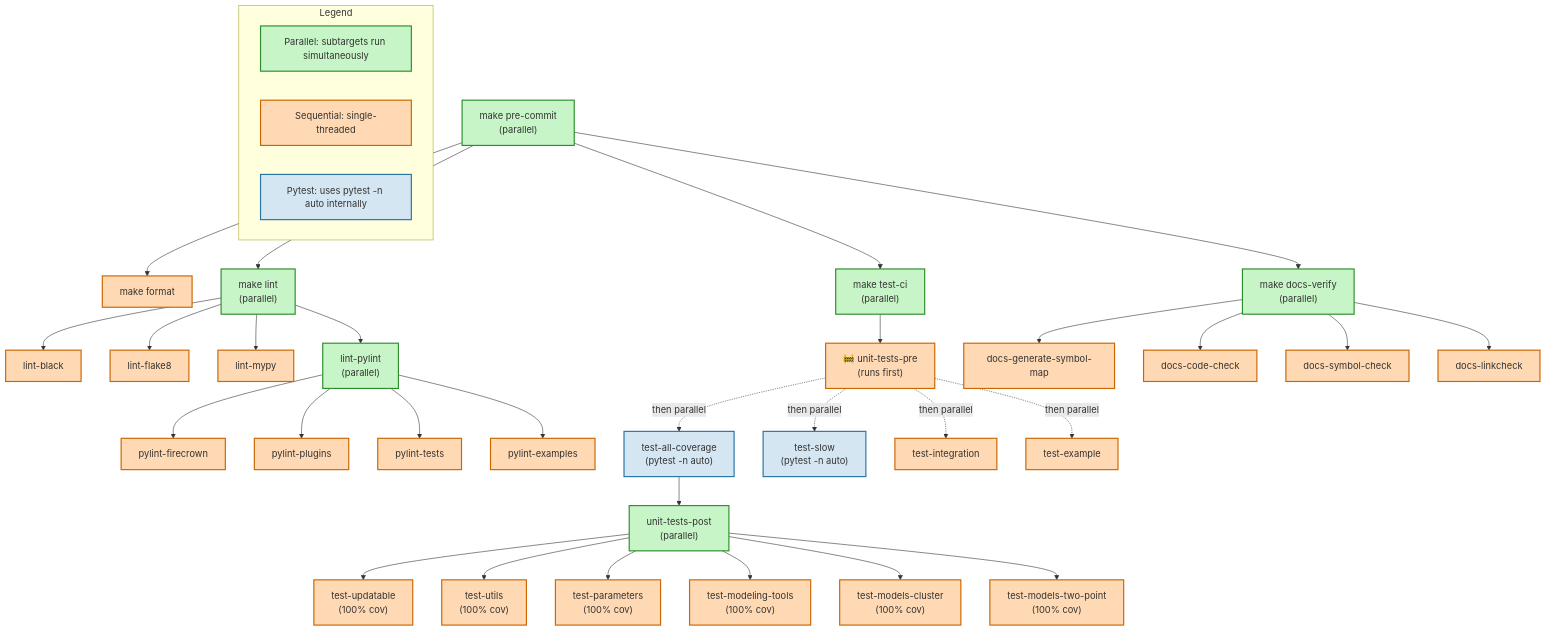
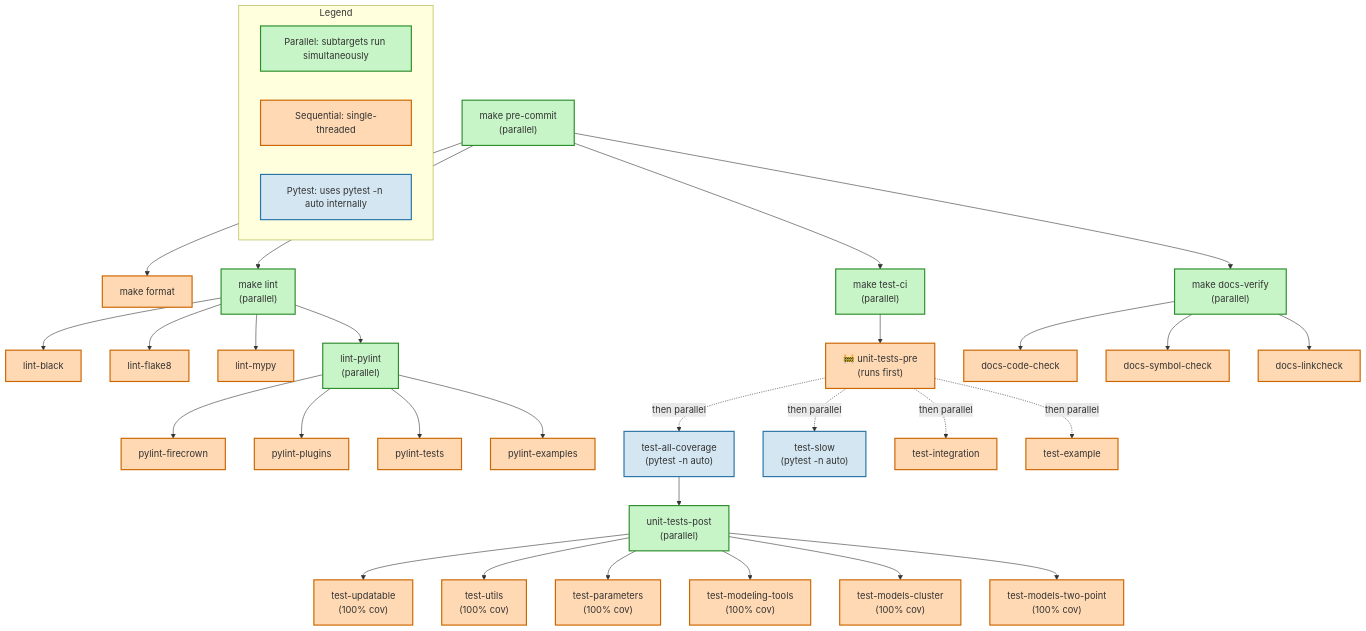
One commit to LSSTDESC/firecrown changed the second of 2 diagrams in CONTRIBUTING_ADVANCED.md. Above: the diagram before and after it, drawn with Mermaid. The commit also changed other lines of this file and 3 other files, not shown here.

````diff
--- a/CONTRIBUTING_ADVANCED.md
+++ b/CONTRIBUTING_ADVANCED.md
@@ -85,55 +81,54 @@
 ```mermaid
 graph TD
     classDef parallel fill:#c7f5c7,stroke:#2d8e2d,stroke-width:2px;
     classDef sequential fill:#ffd9b3,stroke:#cc6600,stroke-width:2px;
     classDef pytest fill:#d4e6f1,stroke:#2874a6,stroke-width:2px;
     
     pre-commit["make pre-commit<br/>(parallel)"]:::parallel
     
     %% Pre-commit parallel branches
     pre-commit --> format["make format"]:::sequential
     pre-commit --> lint["make lint<br/>(parallel)"]:::parallel
     pre-commit --> docs-verify["make docs-verify<br/>(parallel)"]:::parallel
     pre-commit --> test-ci["make test-ci<br/>(parallel)"]:::parallel
     
     %% Lint parallelism
     lint --> lint-black["lint-black"]:::sequential
     lint --> lint-flake8["lint-flake8"]:::sequential
     lint --> lint-mypy["lint-mypy"]:::sequential
     lint --> lint-pylint["lint-pylint<br/>(parallel)"]:::parallel
     
     lint-pylint --> pylint-fc["pylint-firecrown"]:::sequential
     lint-pylint --> pylint-plug["pylint-plugins"]:::sequential
     lint-pylint --> pylint-test["pylint-tests"]:::sequential
     lint-pylint --> pylint-ex["pylint-examples"]:::sequential
     
     %% Test-CI parallelism (after unit-tests-pre barrier)
     test-ci --> barrier["🚧 unit-tests-pre<br/>(runs first)"]:::sequential
     barrier -.->|then parallel| test-all-cov["test-all-coverage<br/>(pytest -n auto)"]:::pytest
     barrier -.->|then parallel| test-slow["test-slow<br/>(pytest -n auto)"]:::pytest
     barrier -.->|then parallel| test-int["test-integration"]:::sequential
     barrier -.->|then parallel| test-ex["test-example"]:::sequential
     
     %% Unit tests post parallelism
     test-all-cov --> unit-post["unit-tests-post<br/>(parallel)"]:::parallel
     
     unit-post --> t-upd["test-updatable<br/>(100% cov)"]:::sequential
     unit-post --> t-util["test-utils<br/>(100% cov)"]:::sequential
     unit-post --> t-param["test-parameters<br/>(100% cov)"]:::sequential
     unit-post --> t-model["test-modeling-tools<br/>(100% cov)"]:::sequential
     unit-post --> t-clus["test-models-cluster<br/>(100% cov)"]:::sequential
     unit-post --> t-two["test-models-two-point<br/>(100% cov)"]:::sequential
     
     %% Docs verify parallelism
-    docs-verify --> dg-map["docs-generate-symbol-map"]:::sequential
     docs-verify --> d-code["docs-code-check"]:::sequential
     docs-verify --> d-sym["docs-symbol-check"]:::sequential
     docs-verify --> d-link["docs-linkcheck"]:::sequential
     
     %% Legend
     subgraph legend["Legend"]
         leg-par["Parallel: subtargets run simultaneously"]:::parallel
         leg-seq["Sequential: single-threaded"]:::sequential
         leg-pytest["Pytest: uses pytest -n auto internally"]:::pytest
     end
 ```
````
